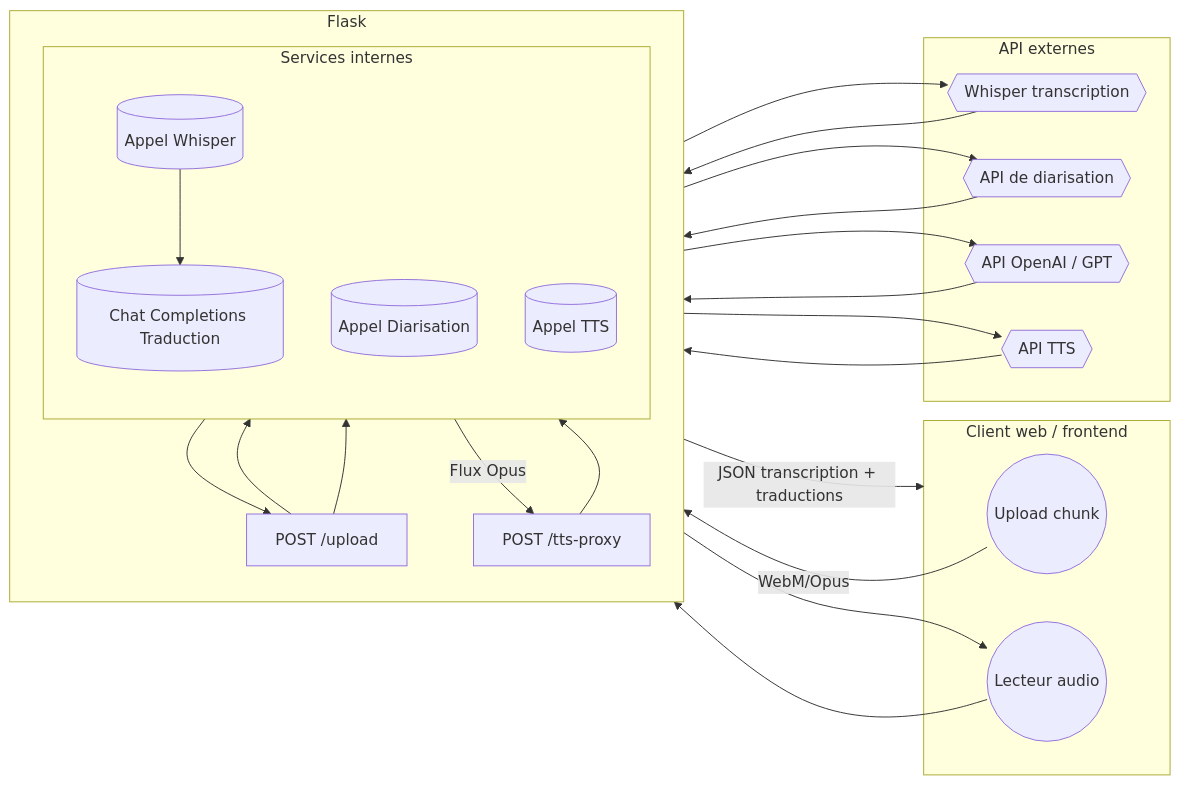
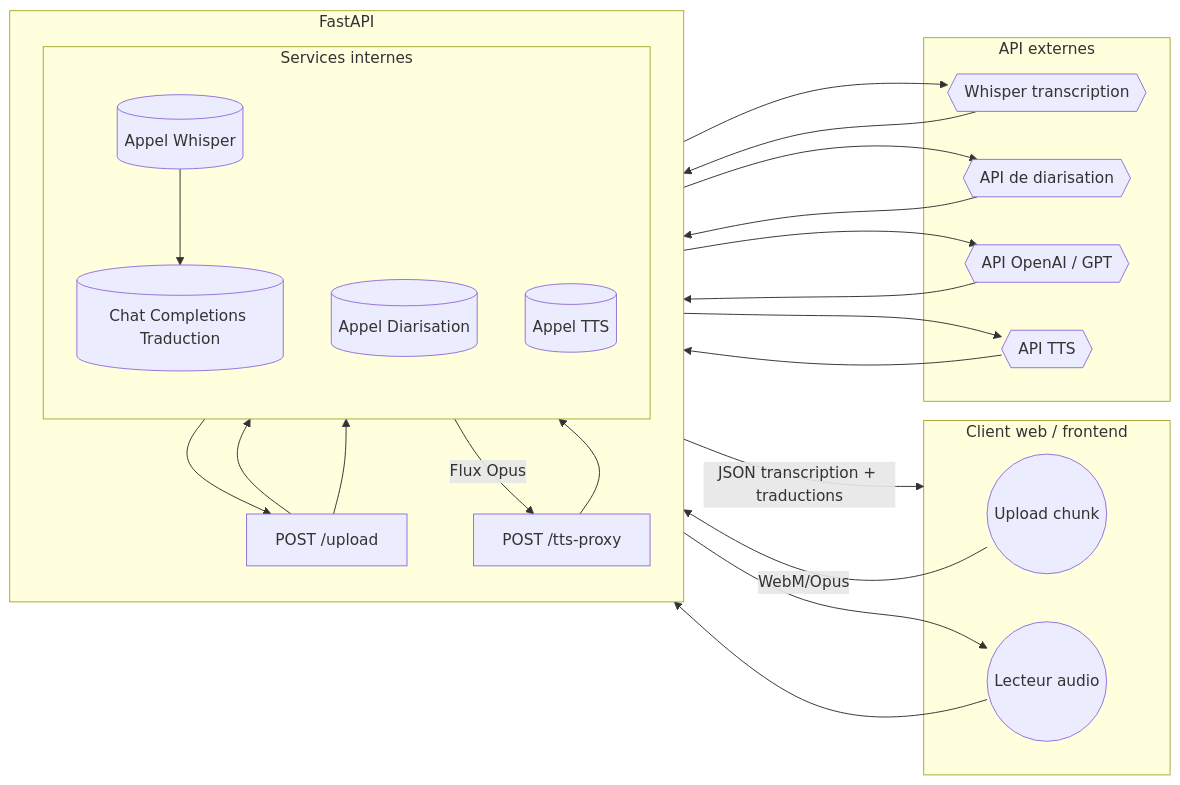
One commit to ynotopec/translate-rt changed the diagram in api-translate-rt/README.md. Above: the diagram before and after it, drawn with Mermaid. The commit also changed other lines of this file and 1 other file, not shown here.

Commit message:
Update documentation for FastAPI backend

````diff
--- a/api-translate-rt/README.md
+++ b/api-translate-rt/README.md
@@ -7,48 +7,48 @@
 ```mermaid
 flowchart LR
     subgraph Client[Client web / frontend]
         Uploader((Upload chunk))
         Player((Lecteur audio))
     end
 
-    subgraph Backend[Flask]
+    subgraph Backend[FastAPI]
         direction TB
         UploadEndpoint["POST /upload"]
         TTSEndpoint["POST /tts-proxy"]
 
         subgraph Services[Services internes]
             direction TB
             WhisperCall[(Appel Whisper)]
             DiarCall[(Appel Diarisation)]
             Translator[(Chat Completions Traduction)]
             TTSCall[(Appel TTS)]
         end
     end
 
     subgraph Providers[API externes]
         WhisperAPI{{Whisper transcription}}
         DiarAPI{{API de diarisation}}
         OpenAI{{API OpenAI / GPT}}
         TTSAPI{{API TTS}}
     end
 
     Uploader -->|WebM/Opus| UploadEndpoint
     UploadEndpoint --> WhisperCall
     UploadEndpoint --> DiarCall
     WhisperCall --> WhisperAPI
     DiarCall --> DiarAPI
     WhisperAPI --> WhisperCall
     DiarAPI --> DiarCall
     WhisperCall --> Translator
     Translator --> OpenAI
     OpenAI --> Translator
     Translator --> UploadEndpoint
     UploadEndpoint -->|JSON transcription + traductions| Client
 
     Player --> TTSEndpoint
     TTSEndpoint --> TTSCall
     TTSCall --> TTSAPI
     TTSAPI --> TTSCall
     TTSCall -->|Flux Opus| TTSEndpoint
     TTSEndpoint --> Player
 ```
````
